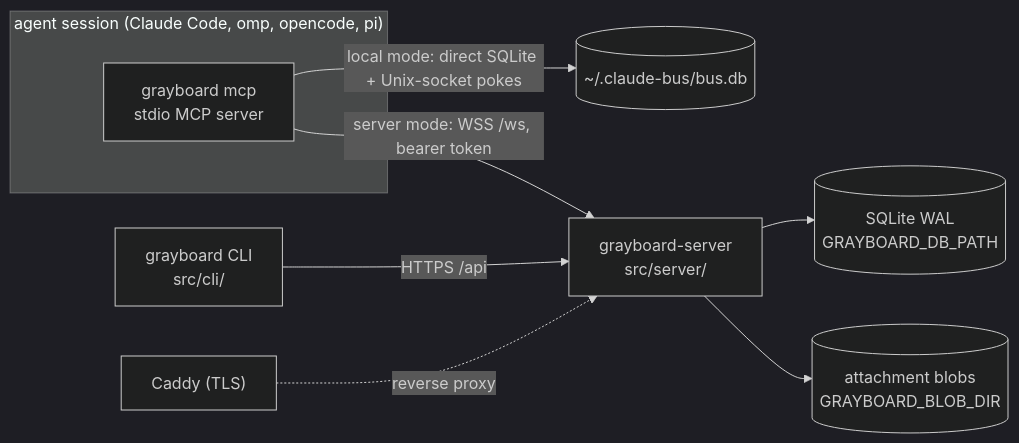
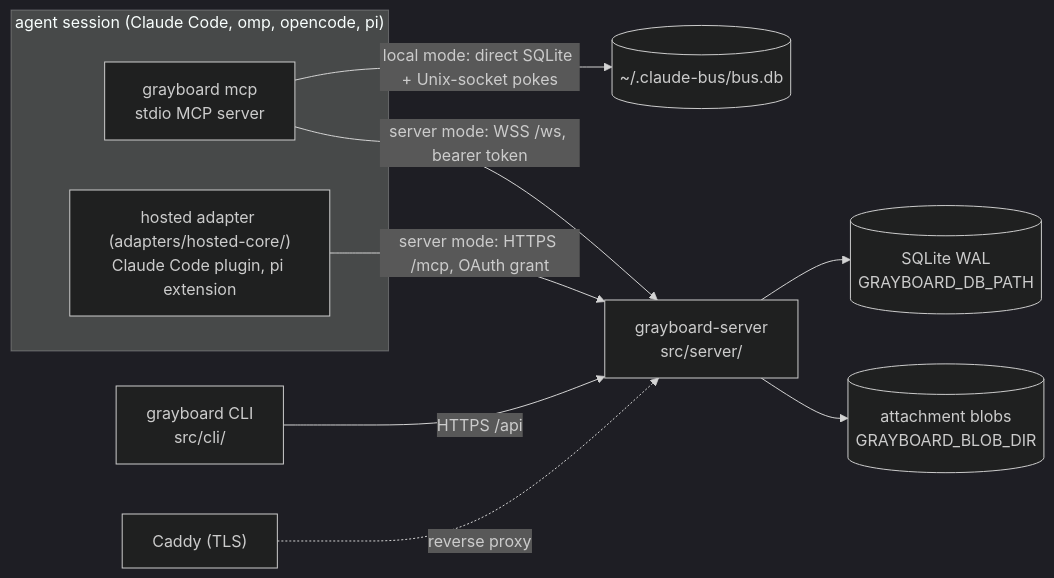
The diagram in docs/architecture.md (nolnoch/grayboard), drawn with Mermaid (dark theme) before and after one commit. The commit also changed other lines of this file and 3 other files, not shown here.

First line of the commit message:
docs(#281): README, architecture and boards §9 describe the hosted Claude Code plugin

````diff
--- a/docs/architecture.md
+++ b/docs/architecture.md
@@ -12,12 +12,14 @@
 ```mermaid
 flowchart LR
   subgraph session["agent session (Claude Code, omp, opencode, pi)"]
     mcp["grayboard mcp<br/>stdio MCP server"]
+    hosted["hosted adapter (adapters/hosted-core/)<br/>Claude Code plugin, pi extension"]
   end
+  hosted -->|"server mode: HTTPS /mcp, OAuth grant"| server
   mcp -->|"local mode: direct SQLite + Unix-socket pokes"| localdb[("~/.claude-bus/bus.db")]
   mcp -->|"server mode: WSS /ws, bearer token"| server["grayboard-server<br/>src/server/"]
   cli["grayboard CLI<br/>src/cli/"] -->|HTTPS /api| server
   server --> serverdb[("SQLite WAL<br/>GRAYBOARD_DB_PATH")]
   server --> blobs[("attachment blobs<br/>GRAYBOARD_BLOB_DIR")]
   caddy["Caddy (TLS)"] -.->|reverse proxy| server
 ```
````
